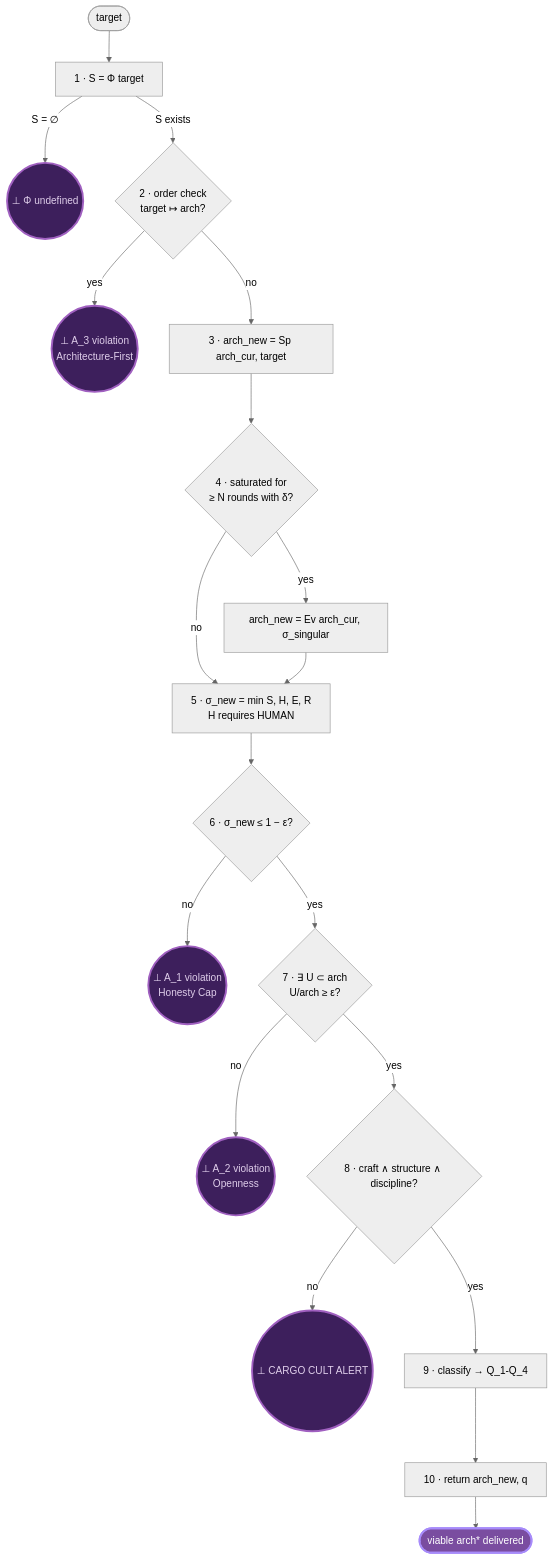
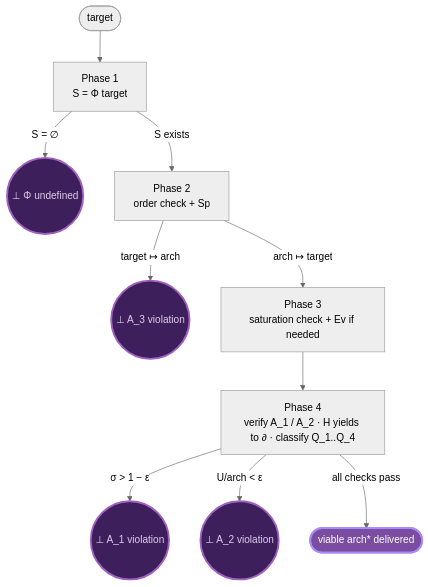
The third of 9 diagrams in visuals.md (LostMaxi/nac-architecture-calculus), drawn with Mermaid (neutral theme) before and after one commit. The commit also changed other lines of this file and 2 other files, not shown here.

````diff
--- a/visuals.md
+++ b/visuals.md
@@ -82,26 +80,17 @@
 ```mermaid
 flowchart TD
-    Start([target]) --> S1[1 · S = Φ target]
-    S1 -->|S = ∅| Stop1((⊥ Φ undefined))
-    S1 -->|S exists| S2{2 · order check<br/>target ↦ arch?}
-    S2 -->|yes| Stop2((⊥ A_3 violation<br/>Architecture-First))
-    S2 -->|no| S3[3 · arch_new = Sp arch_cur, target]
-    S3 --> S4{4 · saturated for<br/>≥ N rounds with δ?}
-    S4 -->|yes| S4b[arch_new = Ev arch_cur, σ_singular]
-    S4 -->|no| S5[5 · σ_new = min S, H, E, R<br/>H requires HUMAN]
-    S4b --> S5
-    S5 --> S6{6 · σ_new ≤ 1 − ε?}
-    S6 -->|no| Stop3((⊥ A_1 violation<br/>Honesty Cap))
-    S6 -->|yes| S7{7 · ∃ U ⊂ arch<br/>U/arch ≥ ε?}
-    S7 -->|no| Stop4((⊥ A_2 violation<br/>Openness))
-    S7 -->|yes| S8{8 · craft ∧ structure ∧ discipline?}
-    S8 -->|no| Stop5((⊥ CARGO CULT ALERT))
-    S8 -->|yes| S9[9 · classify → Q_1-Q_4]
-    S9 --> S10[10 · return arch_new, q]
-    S10 --> End([viable arch* delivered])
+    Start([target]) --> P1[Phase 1<br/>S = Φ target]
+    P1 -->|S = ∅| Stop1((⊥ Φ undefined))
+    P1 -->|S exists| P2[Phase 2<br/>order check + Sp]
+    P2 -->|target ↦ arch| Stop2((⊥ A_3 violation))
+    P2 -->|arch ↦ target| P3[Phase 3<br/>saturation check + Ev if needed]
+    P3 --> P4[Phase 4<br/>verify A_1 / A_2 · H yields to ∂ · classify Q_1..Q_4]
+    P4 -->|σ > 1 − ε| Stop3((⊥ A_1 violation))
+    P4 -->|U/arch < ε| Stop4((⊥ A_2 violation))
+    P4 -->|all checks pass| End([viable arch* delivered])
 
     classDef stop fill:#3d1f5c,stroke:#a060c0,stroke-width:3px,color:#dfceea
-    class Stop1,Stop2,Stop3,Stop4,Stop5 stop
+    class Stop1,Stop2,Stop3,Stop4 stop
     classDef pass fill:#7a4da0,stroke:#a78bfa,stroke-width:3px,color:#ffffff
     class End pass
 ```
````
